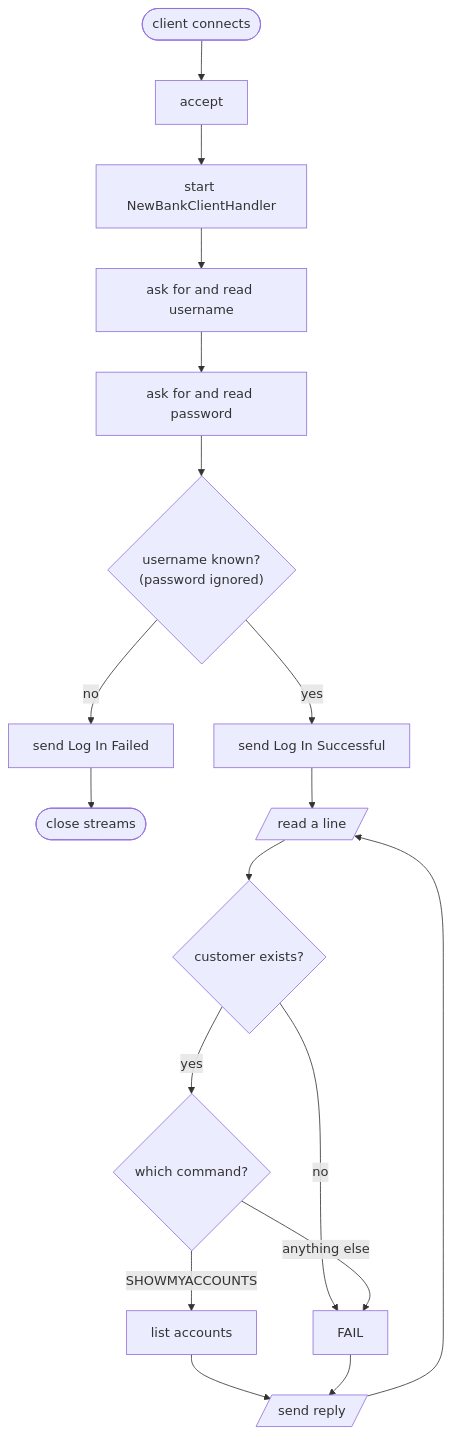
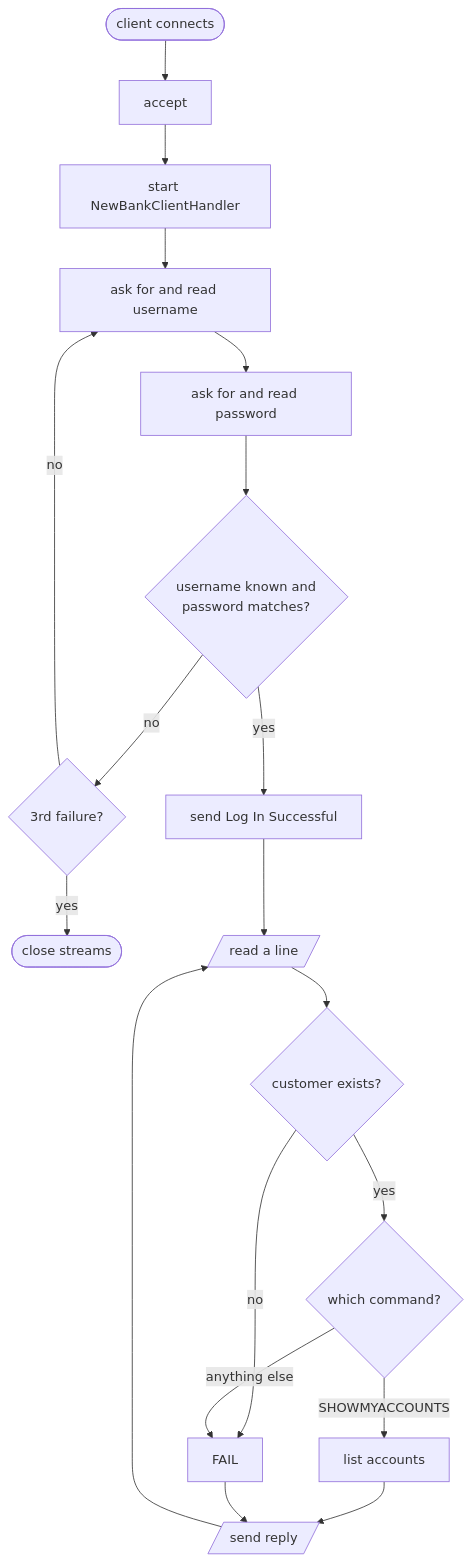
The seventh of 9 diagrams in README.md (richy1623/bath_new_bank), drawn with Mermaid before and after one commit. The commit also changed other lines of this file and 4 other files, not shown here.

````diff
--- a/README.md
+++ b/README.md
@@ -342,19 +363,21 @@
 ```mermaid
 flowchart TD
     A([client connects]) --> B[accept]
     B --> C[start NewBankClientHandler]
     C --> D[ask for and read username]
     D --> E[ask for and read password]
-    E --> F{"username known?<br/>(password ignored)"}
-    F -- no --> G[send Log In Failed] --> Z([close streams])
+    E --> F{"username known and<br/>password matches?"}
+    F -- no --> G{3rd failure?}
+    G -- no --> D
+    G -- yes --> Z([close streams])
     F -- yes --> H[send Log In Successful]
     H --> I[/read a line/]
     I --> J{customer exists?}
     J -- no --> K[FAIL]
     J -- yes --> L{which command?}
     L -- SHOWMYACCOUNTS --> M[list accounts]
     L -- anything else --> K
     M --> N[/send reply/]
     K --> N
     N --> I
 ```
````
